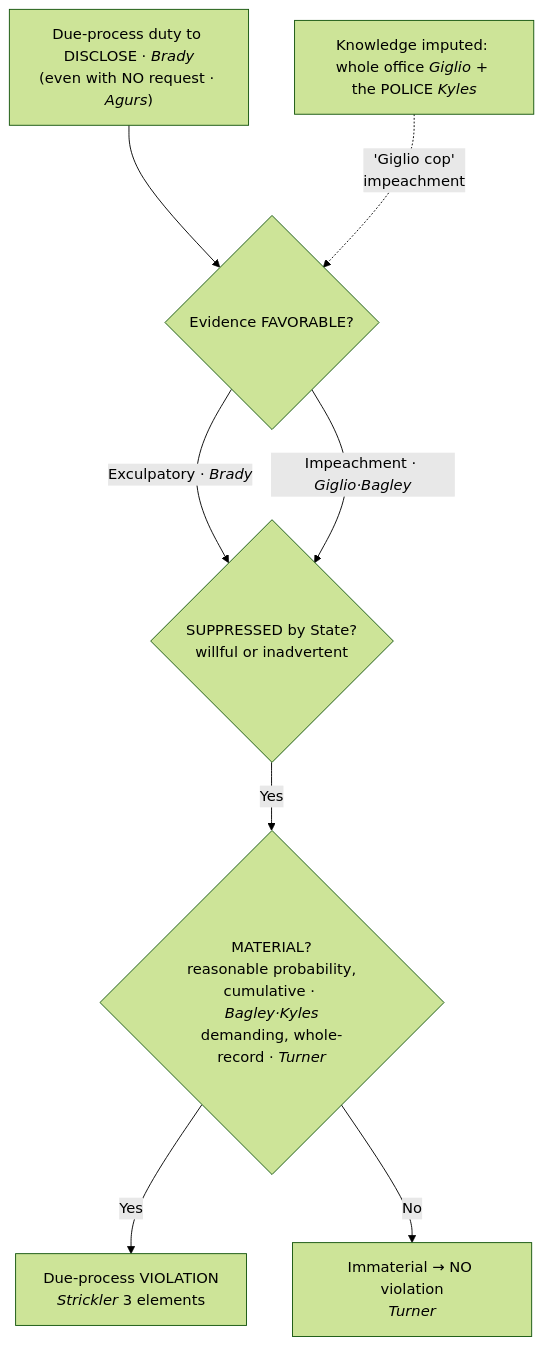
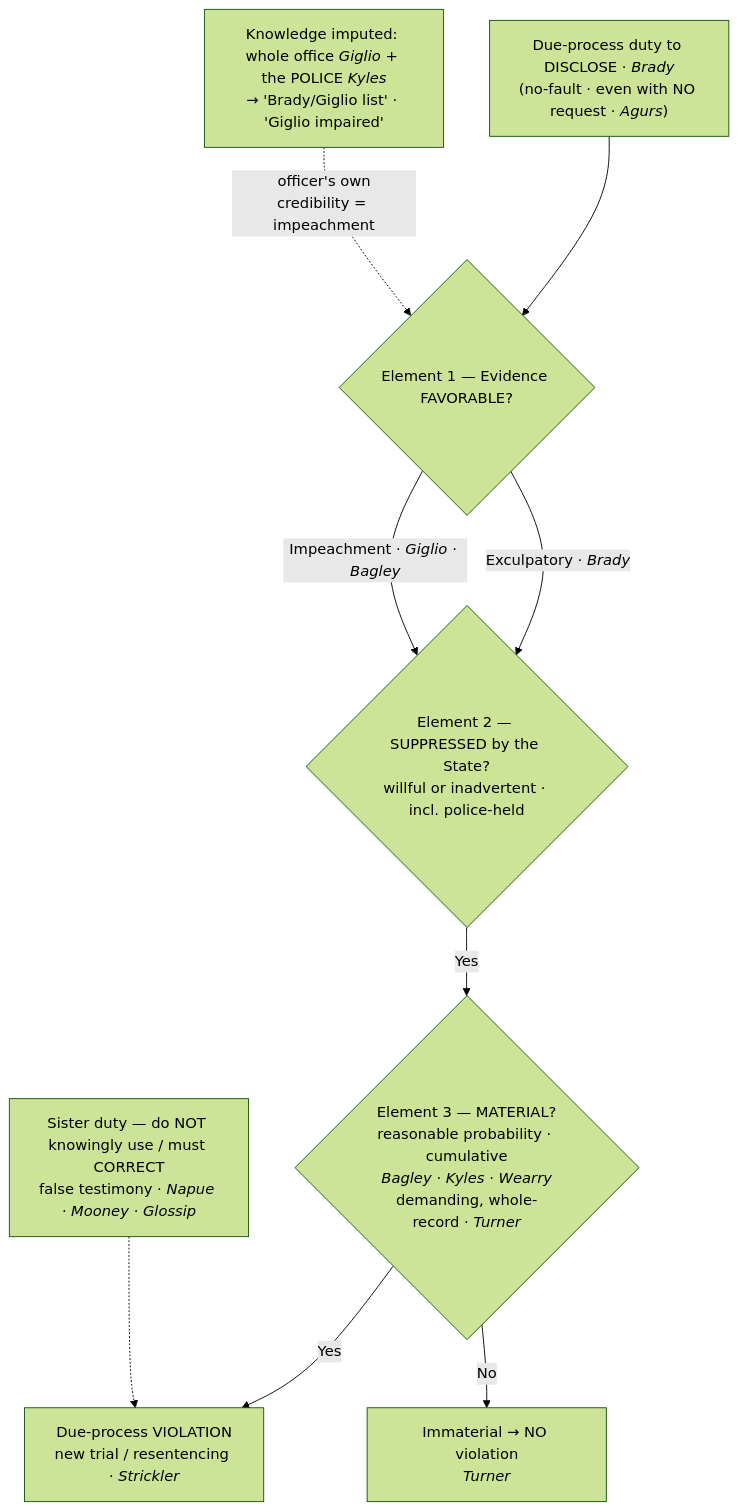
The diagram in content/10-use-of-force-liability/Brady and Giglio.md (Enragedsaturday/cssi), drawn with Mermaid (forest theme) before and after one commit. The commit also changed other lines of this file and 6 other files, not shown here.

````diff
--- a/content/10-use-of-force-liability/Brady and Giglio.md
+++ b/content/10-use-of-force-liability/Brady and Giglio.md
@@ -61,10 +87,11 @@
 ```mermaid
 flowchart TD
-  D["Due-process duty to DISCLOSE · <i>Brady</i><br/>(even with NO request · <i>Agurs</i>)"] --> F{"Evidence FAVORABLE?"}
+  D["Due-process duty to DISCLOSE · <i>Brady</i><br/>(no-fault · even with NO request · <i>Agurs</i>)"] --> F{"Element 1 — Evidence FAVORABLE?"}
   F -->|"Exculpatory · <i>Brady</i>"| S
-  F -->|"Impeachment · <i>Giglio·Bagley</i>"| S
-  S{"SUPPRESSED by State?<br/>willful or inadvertent"} -->|Yes| P
-  P{"MATERIAL?<br/>reasonable probability,<br/>cumulative · <i>Bagley·Kyles</i><br/>demanding, whole-record · <i>Turner</i>"} -->|Yes| V["Due-process VIOLATION<br/><i>Strickler</i> 3 elements"]
-  P -->|No| N["Immaterial → NO violation<br/><i>Turner</i>"]
-  K["Knowledge imputed: whole office <i>Giglio</i> + the POLICE <i>Kyles</i>"] -.->|"'Giglio cop'<br/>impeachment"| F
+  F -->|"Impeachment · <i>Giglio · Bagley</i>"| S
+  S{"Element 2 — SUPPRESSED by the State?<br/>willful or inadvertent · incl. police-held"} -->|Yes| M
+  M{"Element 3 — MATERIAL?<br/>reasonable probability · cumulative<br/><i>Bagley · Kyles · Wearry</i><br/>demanding, whole-record · <i>Turner</i>"} -->|Yes| V["Due-process VIOLATION<br/>new trial / resentencing · <i>Strickler</i>"]
+  M -->|No| N["Immaterial → NO violation<br/><i>Turner</i>"]
+  K["Knowledge imputed: whole office <i>Giglio</i> + the POLICE <i>Kyles</i><br/>→ 'Brady/Giglio list' · 'Giglio impaired'"] -.->|"officer's own<br/>credibility = impeachment"| F
+  P["Sister duty — do NOT knowingly use / must CORRECT<br/>false testimony · <i>Napue · Mooney · Glossip</i>"] -.-> V
 ```
````
